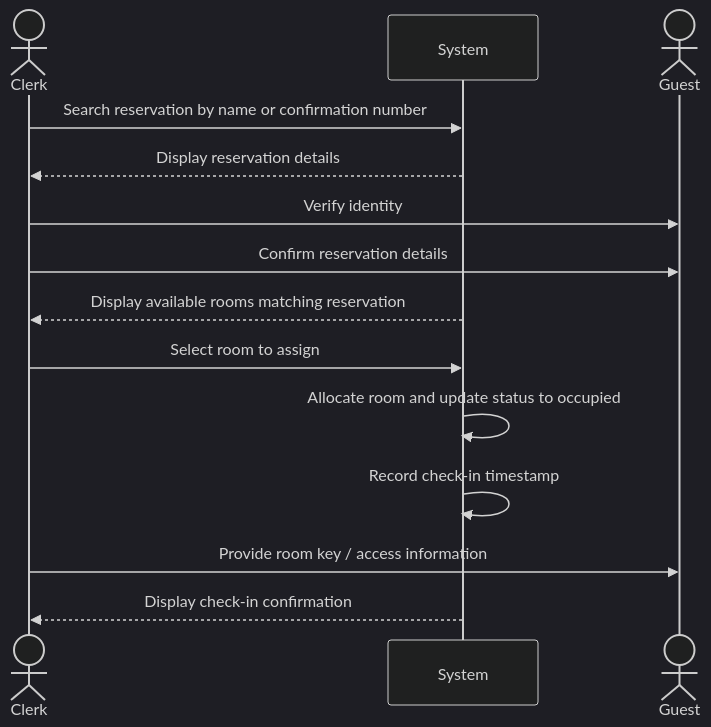
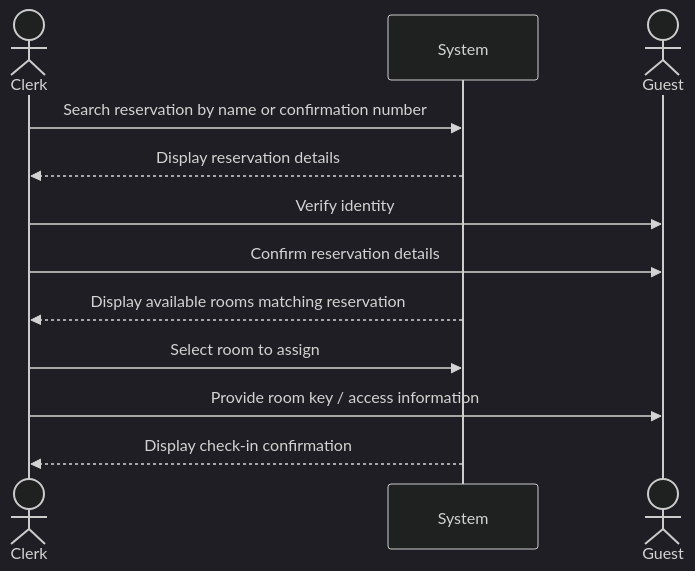
Before and after one commit to JaceYar/Software1-Proj: the diagram in Documentation/User-Cases/ProcessCheckIn.md, drawn with Mermaid (dark theme). The commit also changed 17 other files, not shown here.

````diff
--- a/Documentation/User-Cases/ProcessCheckIn.md
+++ b/Documentation/User-Cases/ProcessCheckIn.md
@@ -11,17 +11,15 @@
 ```mermaid
 sequenceDiagram
     actor Clerk
     participant System
     actor Guest
 
     Clerk->>System: Search reservation by name or confirmation number
     System-->>Clerk: Display reservation details
     Clerk->>Guest: Verify identity
     Clerk->>Guest: Confirm reservation details
     System-->>Clerk: Display available rooms matching reservation
     Clerk->>System: Select room to assign
-    System->>System: Allocate room and update status to occupied
-    System->>System: Record check-in timestamp
     Clerk->>Guest: Provide room key / access information
     System-->>Clerk: Display check-in confirmation
 ```
````
